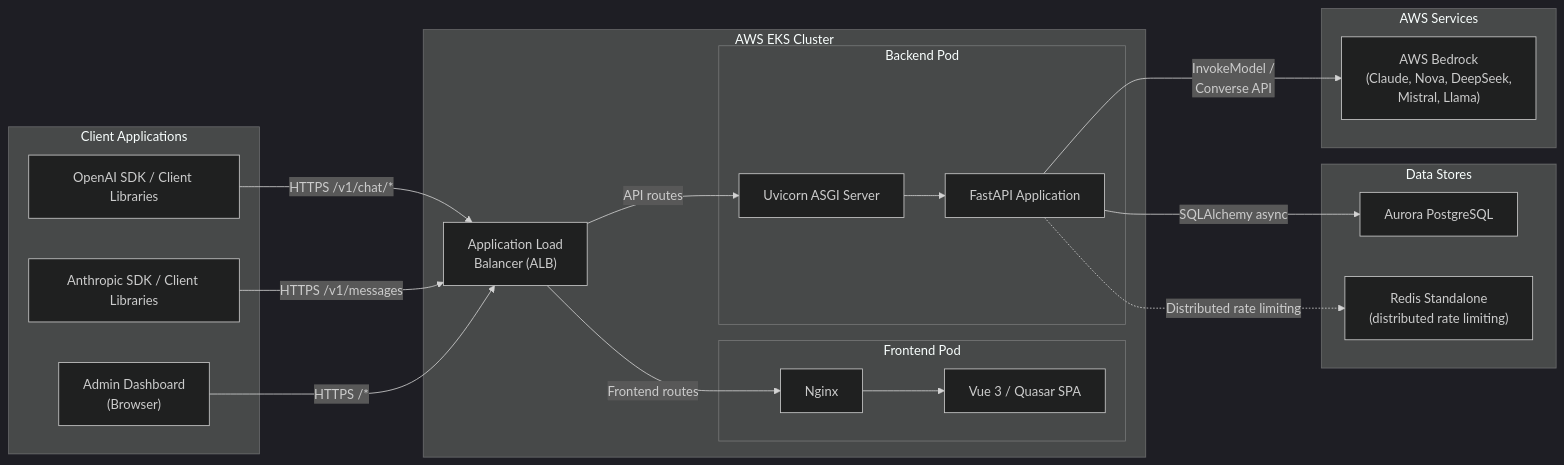
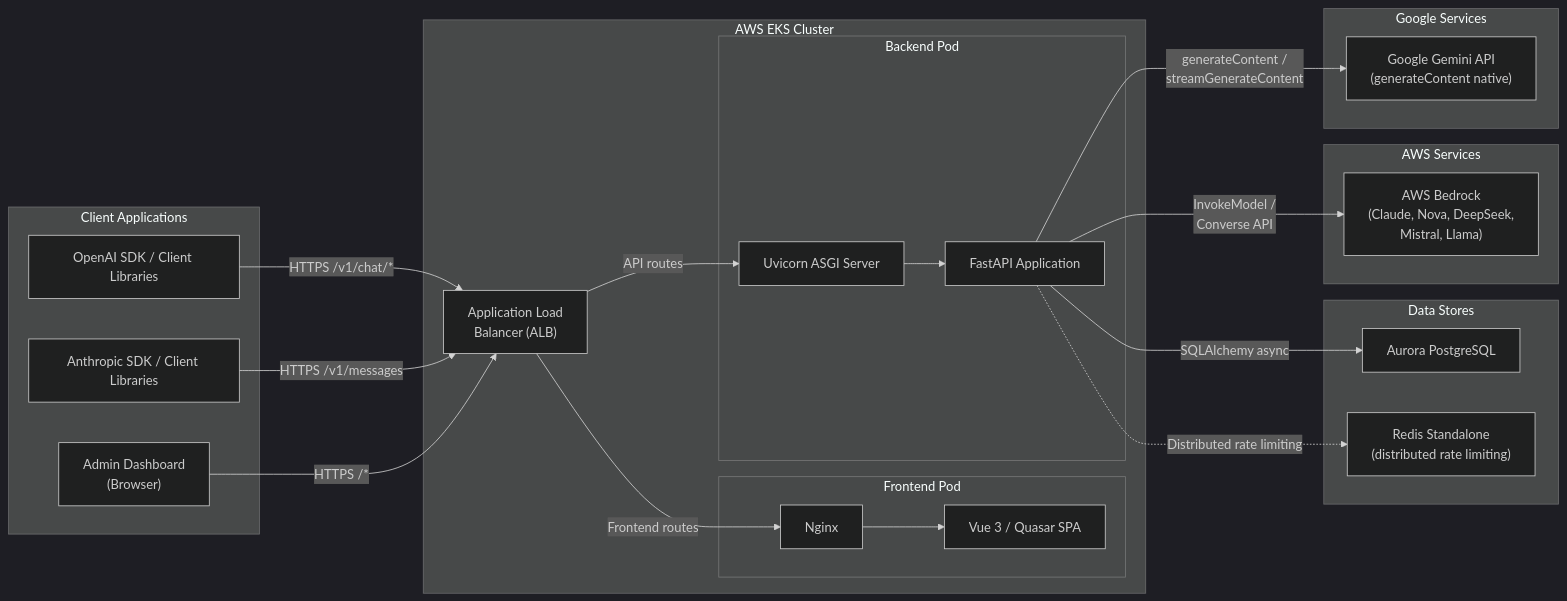
The first of 11 diagrams in docs/architecture.md (aws-samples/sample-kolya-br-proxy), drawn with Mermaid (dark theme) before and after one commit. The commit also changed other lines of this file and 11 other files, not shown here.

````diff
--- a/docs/architecture.md
+++ b/docs/architecture.md
@@ -24,42 +24,47 @@
 ```mermaid
 graph LR
     subgraph Clients ["Client Applications"]
         OAI["OpenAI SDK / Client Libraries"]
         Anthropic_SDK["Anthropic SDK / Client Libraries"]
         Browser["Admin Dashboard<br/>(Browser)"]
     end
 
     subgraph AWS_EKS ["AWS EKS Cluster"]
         subgraph Frontend_Pod ["Frontend Pod"]
             Nginx["Nginx"]
             Vue["Vue 3 / Quasar SPA"]
         end
 
         subgraph Backend_Pod ["Backend Pod"]
             Uvicorn["Uvicorn ASGI Server"]
             FastAPI["FastAPI Application"]
         end
 
         ALB["Application Load<br/>Balancer (ALB)"]
     end
 
     subgraph Data_Stores ["Data Stores"]
         PG["Aurora PostgreSQL"]
         Redis["Redis Standalone<br/>(distributed rate limiting)"]
     end
 
     subgraph AWS_Services ["AWS Services"]
         Bedrock["AWS Bedrock<br/>(Claude, Nova, DeepSeek,<br/>Mistral, Llama)"]
     end
 
+    subgraph Google_Services ["Google Services"]
+        Gemini["Google Gemini API<br/>(generateContent native)"]
+    end
+
     OAI -->|"HTTPS /v1/chat/*"| ALB
     Anthropic_SDK -->|"HTTPS /v1/messages"| ALB
     Browser -->|"HTTPS /*"| ALB
     ALB -->|"Frontend routes"| Nginx
     ALB -->|"API routes"| Uvicorn
     Nginx --> Vue
     Uvicorn --> FastAPI
     FastAPI -->|"InvokeModel /<br/>Converse API"| Bedrock
+    FastAPI -->|"generateContent /<br/>streamGenerateContent"| Gemini
     FastAPI -->|"SQLAlchemy async"| PG
     FastAPI -.->|"Distributed rate limiting"| Redis
 ```
````
